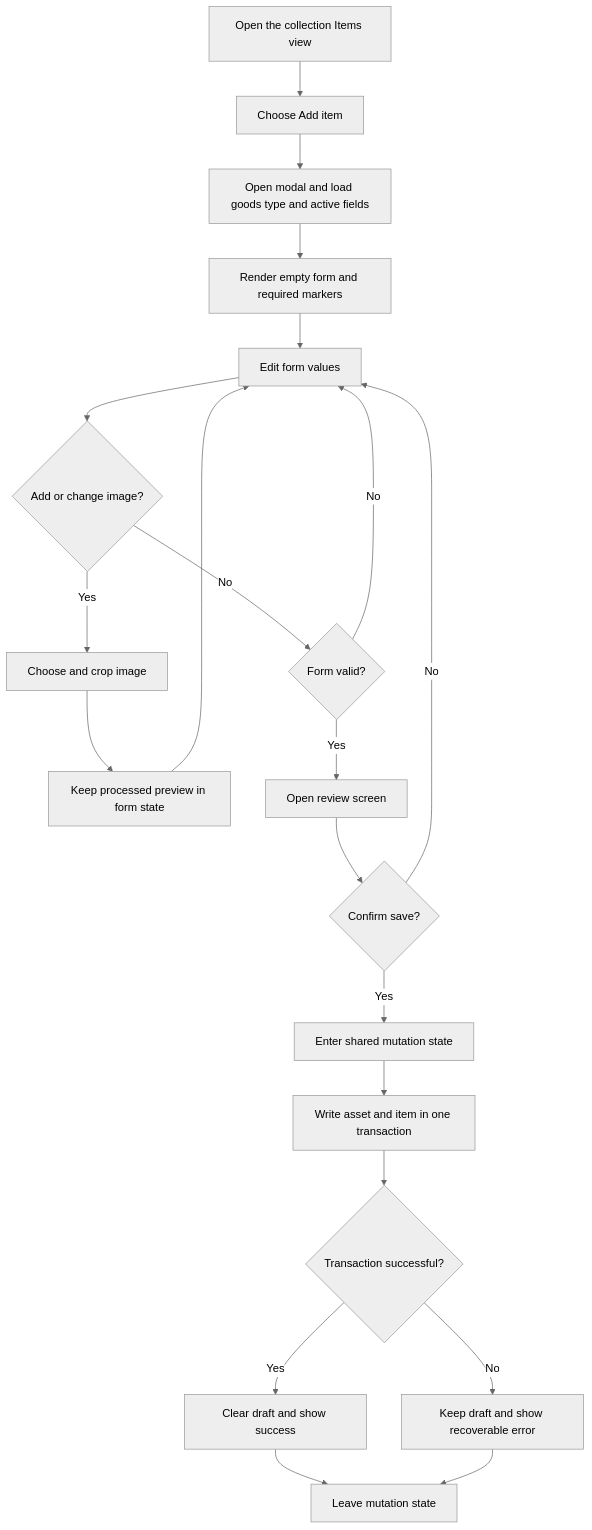
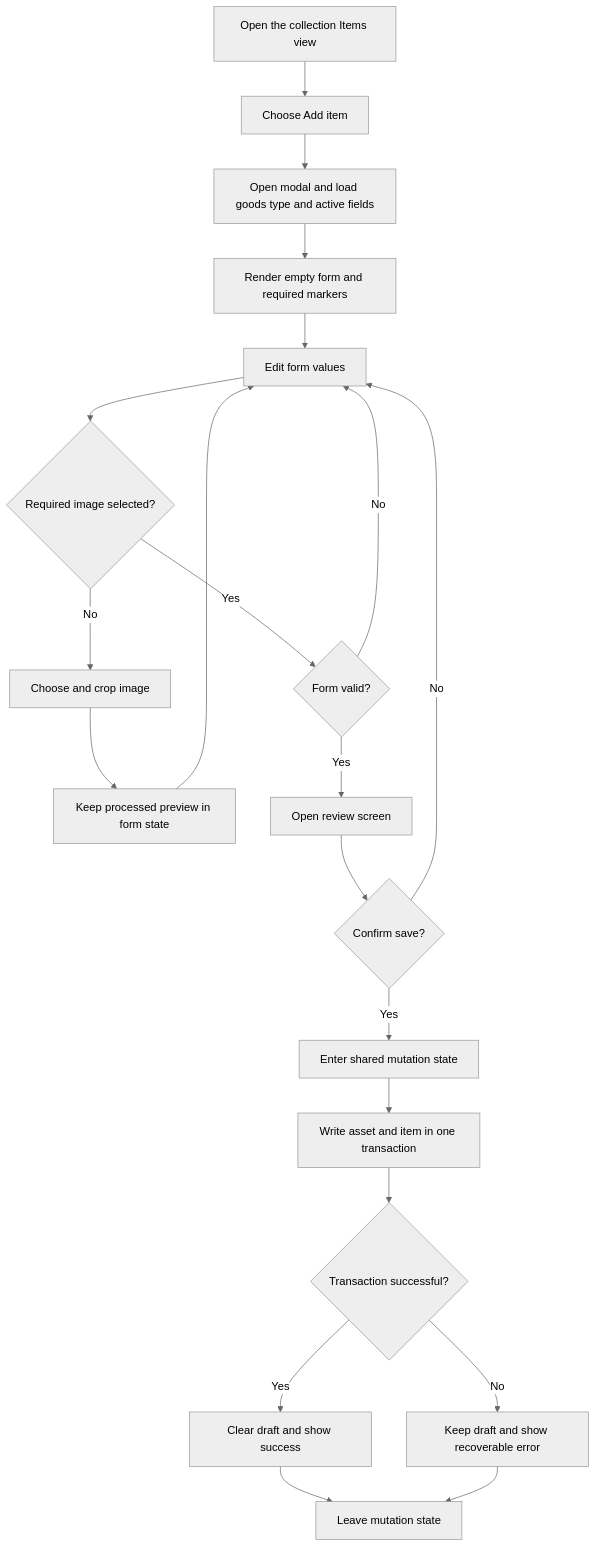
The first of 3 diagrams in docs/workflows.md (Uduru0522/wotagoods-manager), drawn with Mermaid (neutral theme) before and after one commit. The commit also changed other lines of this file and 5 other files, not shown here.

````diff
--- a/docs/workflows.md
+++ b/docs/workflows.md
@@ -30,23 +30,23 @@
 ```mermaid
 graph TD
   A["Open the collection Items view"] --> B["Choose Add item"]
   B --> C["Open modal and load goods type and active fields"]
   C --> D["Render empty form and required markers"]
   D --> E["Edit form values"]
-  E --> F{"Add or change image?"}
-  F -->|Yes| G["Choose and crop image"]
+  E --> F{"Required image selected?"}
+  F -->|No| G["Choose and crop image"]
   G --> H["Keep processed preview in form state"]
   H --> E
-  F -->|No| I{"Form valid?"}
+  F -->|Yes| I{"Form valid?"}
   I -->|No| E
   I -->|Yes| J["Open review screen"]
   J --> K{"Confirm save?"}
   K -->|No| E
   K -->|Yes| L["Enter shared mutation state"]
   L --> M["Write asset and item in one transaction"]
   M --> N{"Transaction successful?"}
   N -->|Yes| O["Clear draft and show success"]
   N -->|No| P["Keep draft and show recoverable error"]
   O --> Q["Leave mutation state"]
   P --> Q
 ```
````
